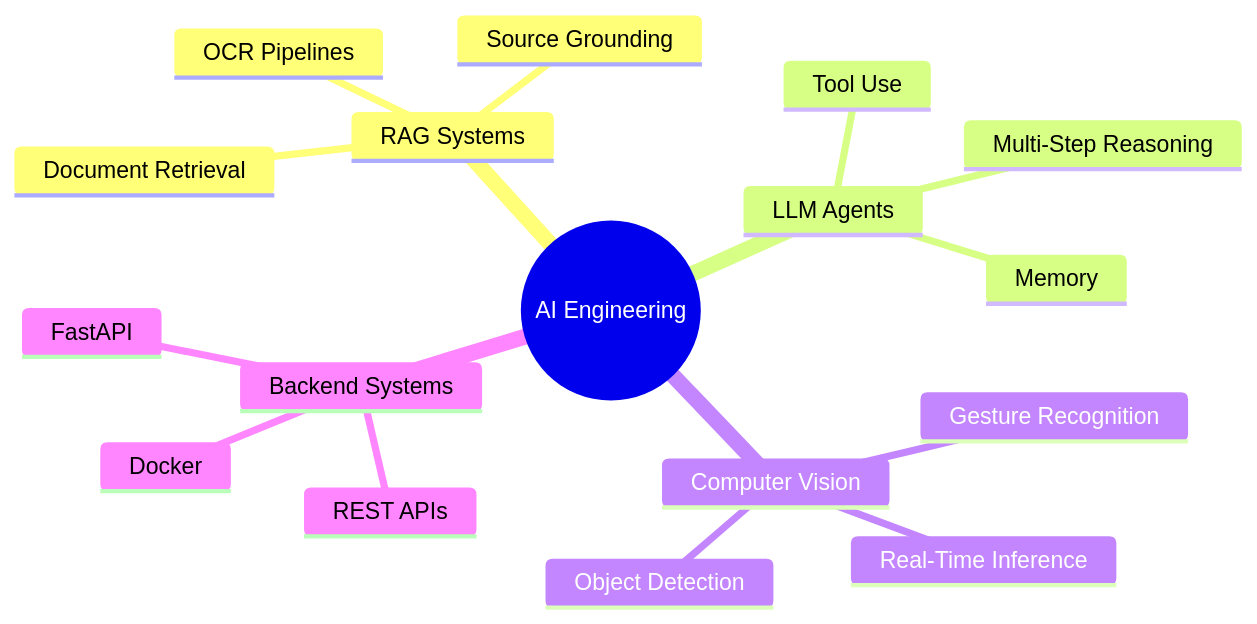
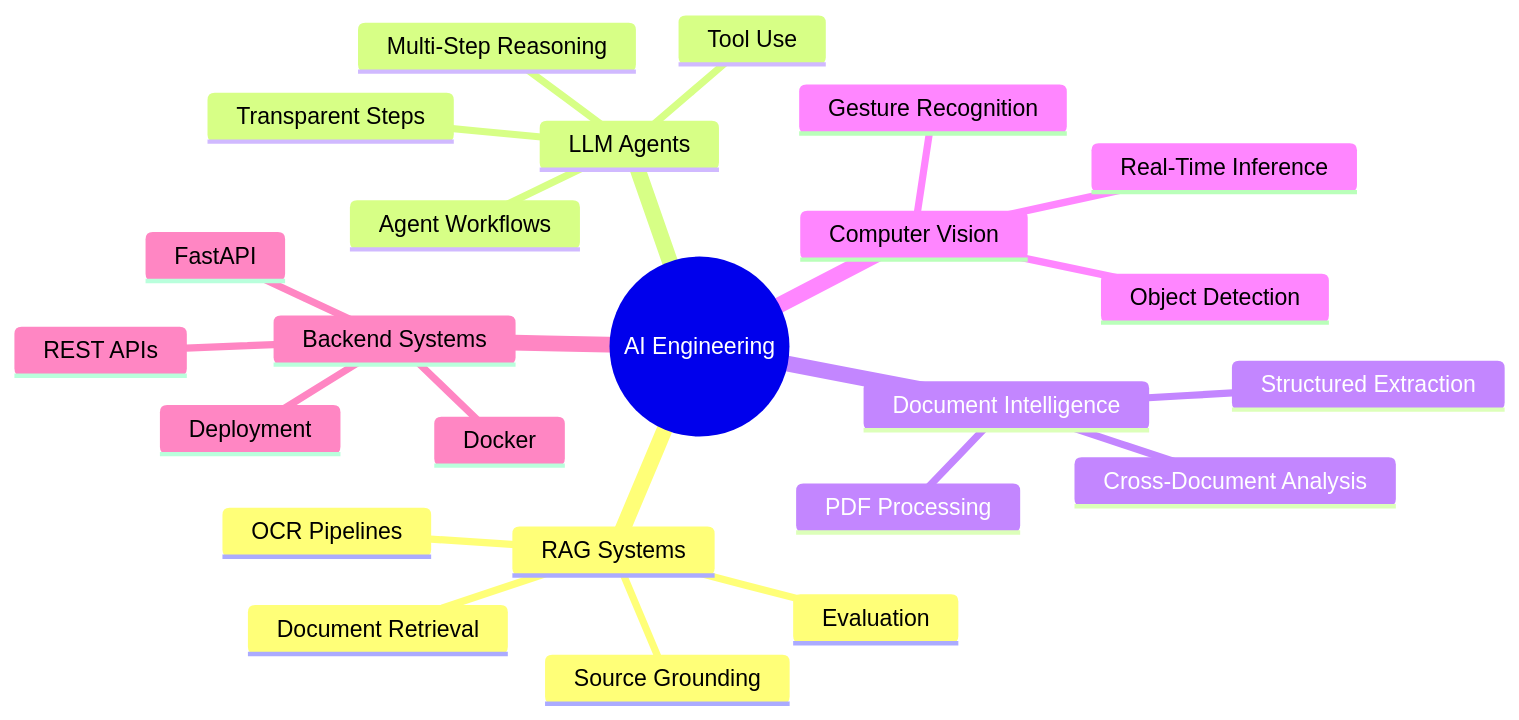
Before and after one commit to GouravJr/GouravJr: the diagram in README.md, drawn with Mermaid. The commit also changed other lines of this file, not shown here.

````diff
--- a/README.md
+++ b/README.md
@@ -138,20 +203,27 @@
 ```mermaid
 mindmap
   root((AI Engineering))
     RAG Systems
       Document Retrieval
       OCR Pipelines
       Source Grounding
+      Evaluation
     LLM Agents
       Tool Use
       Multi-Step Reasoning
-      Memory
+      Agent Workflows
+      Transparent Steps
+    Document Intelligence
+      PDF Processing
+      Structured Extraction
+      Cross-Document Analysis
     Computer Vision
       Gesture Recognition
       Object Detection
       Real-Time Inference
     Backend Systems
       FastAPI
       REST APIs
       Docker
+      Deployment
 ```
````
